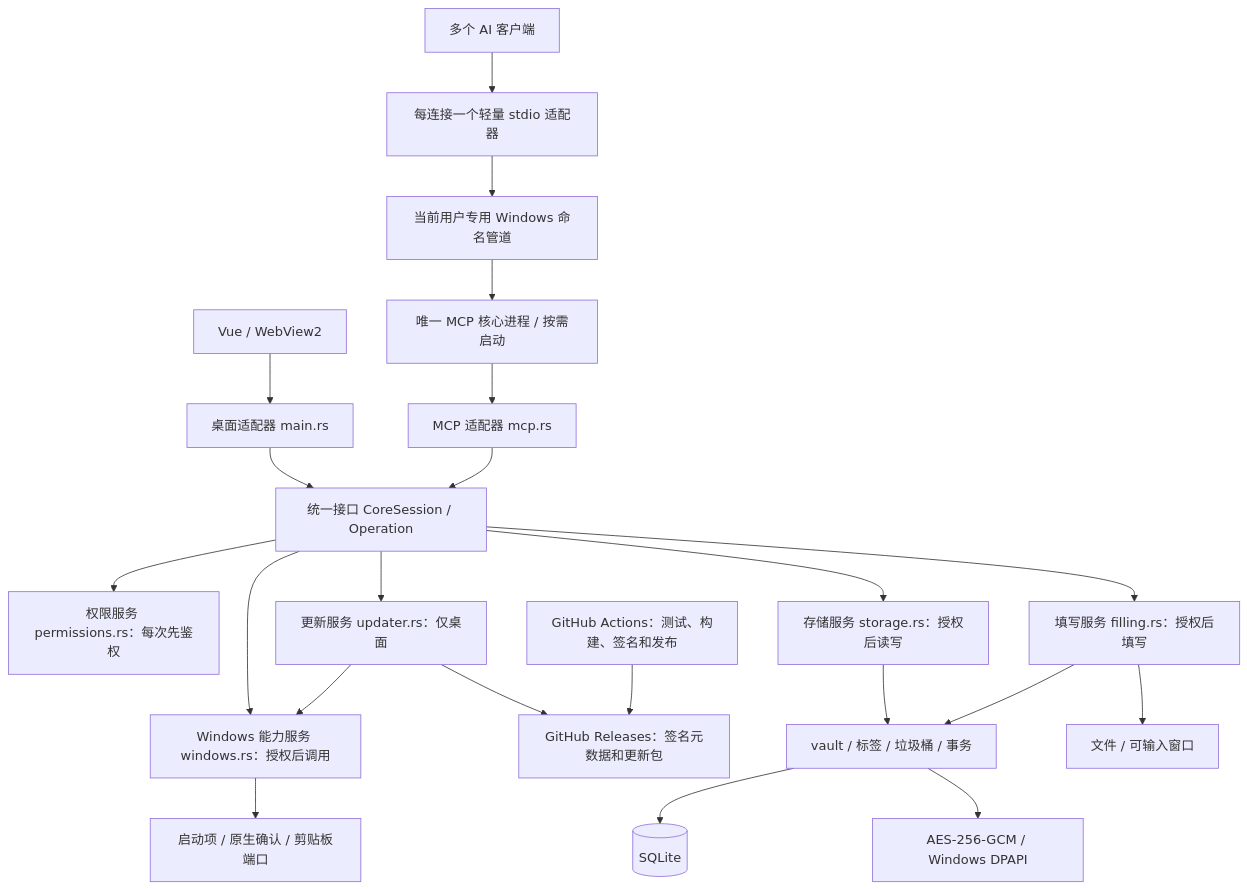
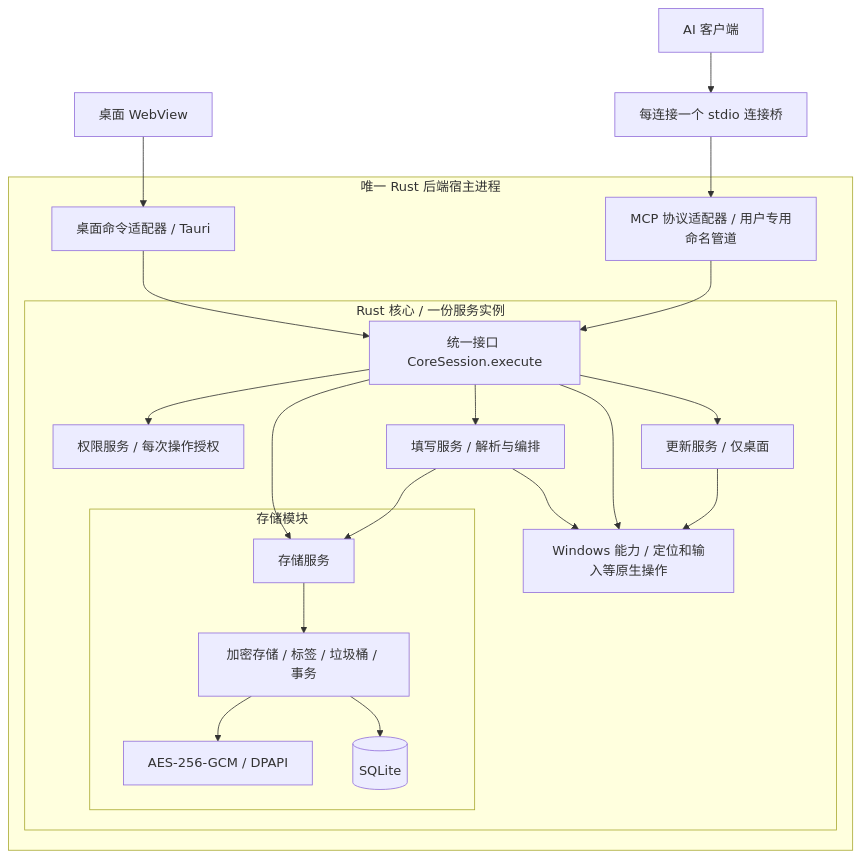
Before and after one commit to panda-student/Vault: the diagram in docs/ARCHITECTURE.md, drawn with Mermaid. The commit also changed other lines of this file and 4 other files, not shown here.

Commit message:
docs(architecture): show the shared backend boundaries

````diff
--- a/docs/ARCHITECTURE.md
+++ b/docs/ARCHITECTURE.md
@@ -5,24 +7,29 @@
 ```mermaid
 flowchart TD
-  UI[Vue / WebView2] --> Desktop[桌面适配器 main.rs]
-  AI[多个 AI 客户端] --> Bridge[每连接一个轻量 stdio 适配器]
-  Bridge --> Pipe[当前用户专用 Windows 命名管道]
-  Pipe --> Shared[唯一 MCP 核心进程 / 按需启动]
-  Shared --> MCP[MCP 适配器 mcp.rs]
-  Desktop --> API[统一接口 CoreSession / Operation]
-  MCP --> API
-  API --> Policy[权限服务 permissions.rs：每次先鉴权]
-  API --> Storage[存储服务 storage.rs：授权后读写]
-  API --> Filling[填写服务 filling.rs：授权后填写]
-  API --> Windows[Windows 能力服务 windows.rs：授权后调用]
-  API --> Updater[更新服务 updater.rs：仅桌面]
-  Updater --> Windows
-  Updater --> Releases[GitHub Releases：签名元数据和更新包]
-  Actions[GitHub Actions：测试、构建、签名和发布] --> Releases
-  Storage --> Vault[vault / 标签 / 垃圾桶 / 事务]
-  Vault --> Crypto[AES-256-GCM / Windows DPAPI]
-  Vault --> DB[(SQLite)]
-  Filling --> Vault
-  Filling --> Dest[文件 / 可输入窗口]
-  Windows --> Native[启动项 / 原生确认 / 剪贴板端口]
+  UI[桌面 WebView] --> Desktop
+  AI[AI 客户端] --> Bridge[每连接一个 stdio 连接桥]
+  Bridge --> MCP
+  subgraph Host[唯一 Rust 后端宿主进程]
+    Desktop[桌面命令适配器 / Tauri]
+    MCP[MCP 协议适配器 / 用户专用命名管道]
+    Desktop --> API
+    MCP --> API
+    subgraph Core[Rust 核心 / 一份服务实例]
+      API[统一接口 CoreSession.execute]
+      API --> Policy[权限服务 / 每次操作授权]
+      API --> Storage
+      API --> Filling[填写服务 / 解析与编排]
+      API --> Windows[Windows 能力 / 定位和输入等原生操作]
+      API --> Updater[更新服务 / 仅桌面]
+      Filling --> Storage
+      Filling --> Windows
+      Updater --> Windows
+      subgraph Persistence[存储模块]
+        Storage[存储服务]
+        Storage --> Vault[加密存储 / 标签 / 垃圾桶 / 事务]
+        Vault --> Crypto[AES-256-GCM / DPAPI]
+        Vault --> DB[(SQLite)]
+      end
+    end
+  end
 ```
````
